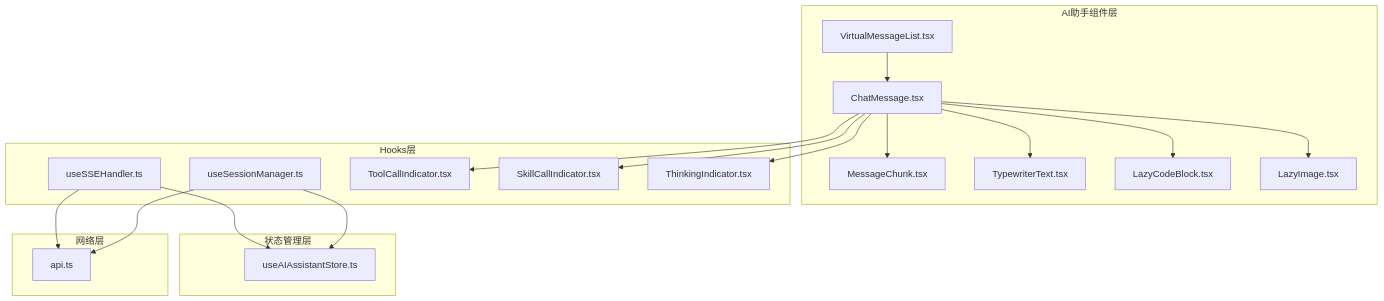
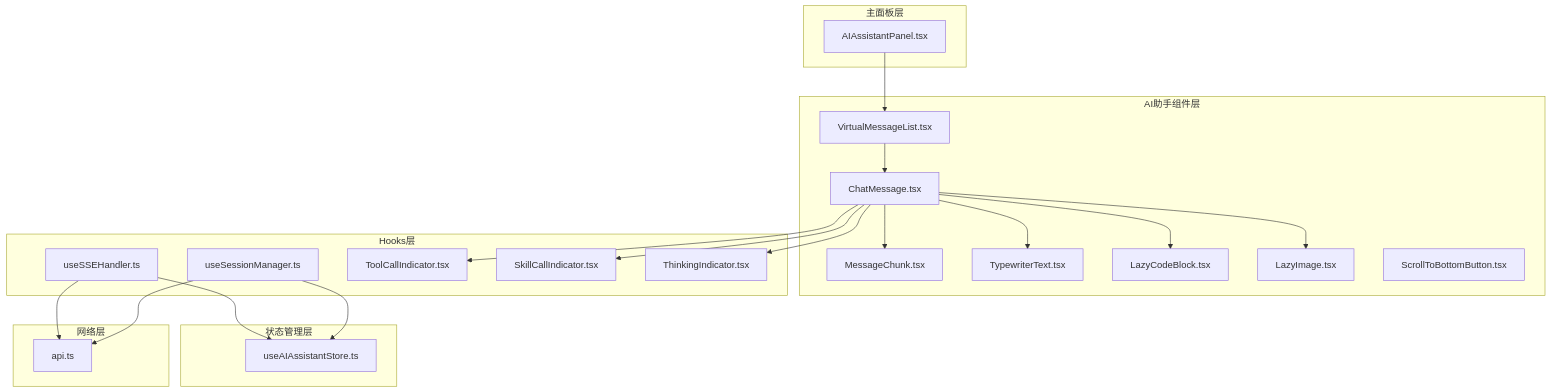
One commit to KunLabAI/KunFlix changed the first of 6 diagrams in .qoder/repowiki/zh/content/前端应用架构/UI组件库/虚拟化聊天渲染.md. Above: the diagram before and after it, drawn with Mermaid. The commit also changed other lines of this file and 22 other files, not shown here.

````diff
--- a/.qoder/repowiki/zh/content/前端应用架构/UI组件库/虚拟化聊天渲染.md
+++ b/.qoder/repowiki/zh/content/前端应用架构/UI组件库/虚拟化聊天渲染.md
@@ -48,36 +61,41 @@
 ```mermaid
 graph TB
 subgraph "AI助手组件层"
 VML[VirtualMessageList.tsx]
 CM[ChatMessage.tsx]
 MC[MessageChunk.tsx]
 TWT[TypewriterText.tsx]
 LCB[LazyCodeBlock.tsx]
 LI[LazyImage.tsx]
+STBB[ScrollToBottomButton.tsx]
 end
 subgraph "Hooks层"
 SSE[useSSEHandler.ts]
 SM[useSessionManager.ts]
 TCI[ToolCallIndicator.tsx]
 SCI[SkillCallIndicator.tsx]
 TI[ThinkingIndicator.tsx]
 end
 subgraph "状态管理层"
 STORE[useAIAssistantStore.ts]
 end
 subgraph "网络层"
 API[api.ts]
 end
+subgraph "主面板层"
+AAP[AIAssistantPanel.tsx]
+end
+AAP --> VML
 VML --> CM
 CM --> TWT
 CM --> MC
 CM --> LCB
 CM --> LI
 CM --> TCI
 CM --> SCI
 CM --> TI
 SSE --> STORE
 SM --> STORE
 SSE --> API
 SM --> API
 ```
````
